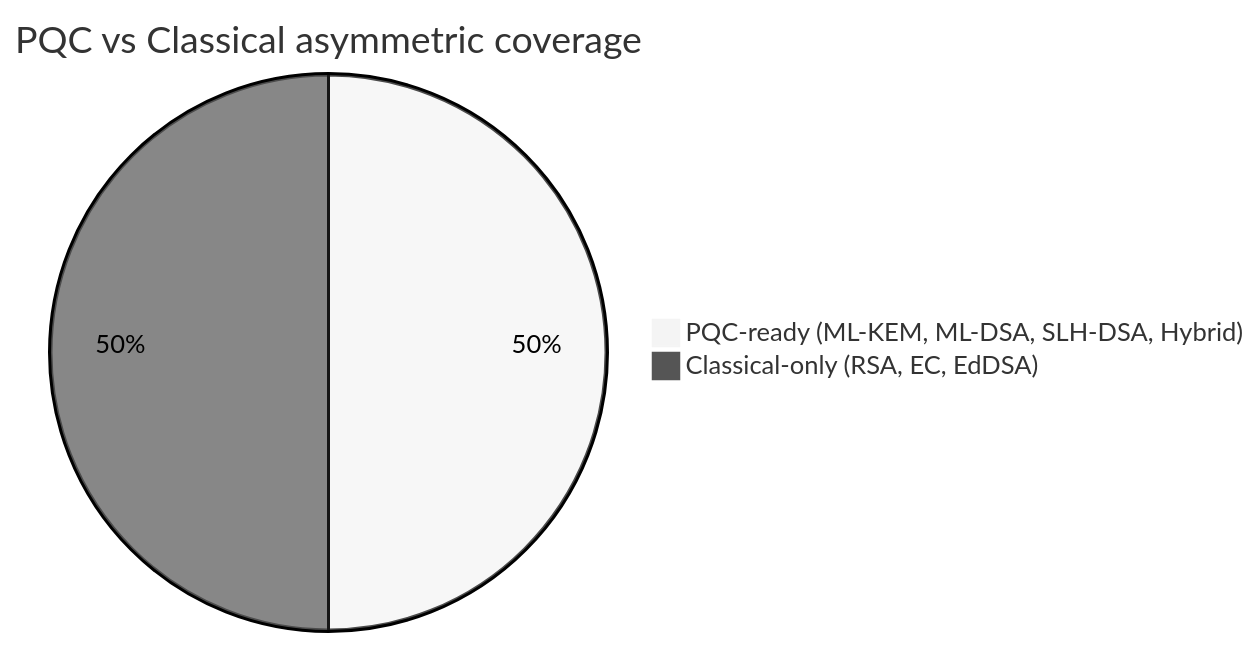
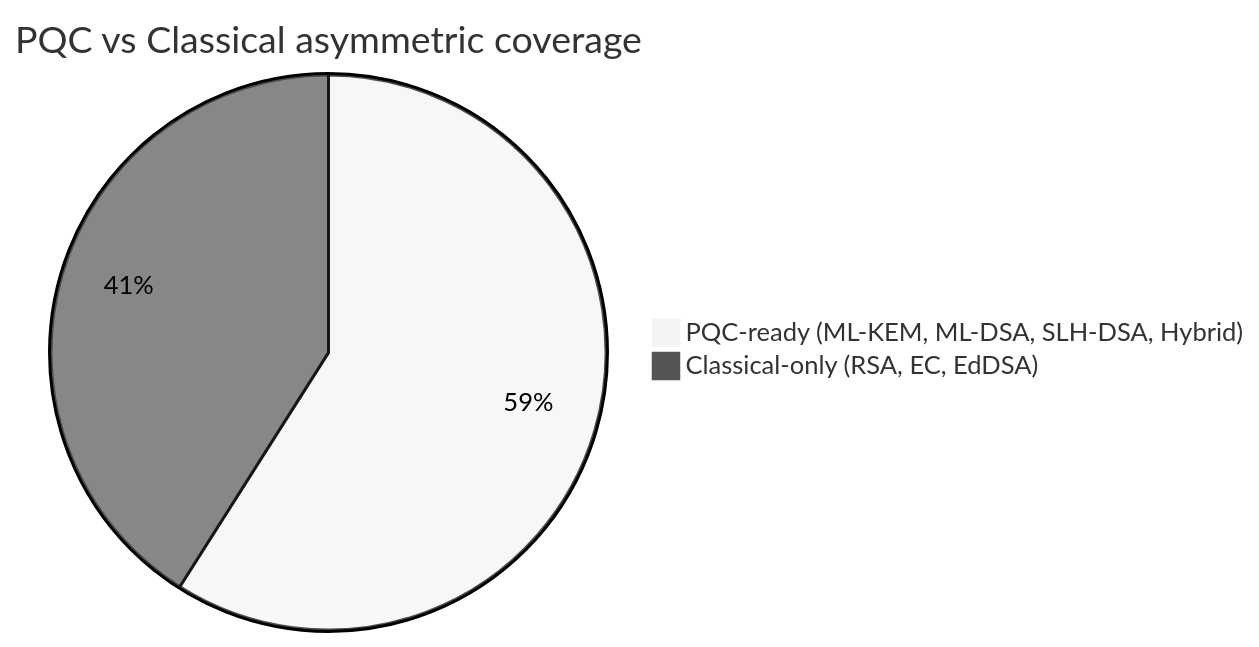
Before and after one commit to Cosmian/kms: the fourth of 5 diagrams in documentation/docs/certifications_and_compliance/audit/crypto_inventory.md, drawn with Mermaid (neutral theme). The commit also changed other lines of this file and 288 other files, not shown here.

````diff
--- a/documentation/docs/certifications_and_compliance/audit/crypto_inventory.md
+++ b/documentation/docs/certifications_and_compliance/audit/crypto_inventory.md
@@ -172,5 +174,5 @@
 ```mermaid
 pie title PQC vs Classical asymmetric coverage
-    "PQC-ready (ML-KEM, ML-DSA, SLH-DSA, Hybrid)" : 50
-    "Classical-only (RSA, EC, EdDSA)" : 50
+    "PQC-ready (ML-KEM, ML-DSA, SLH-DSA, Hybrid)" : 59
+    "Classical-only (RSA, EC, EdDSA)" : 41
 ```
````
